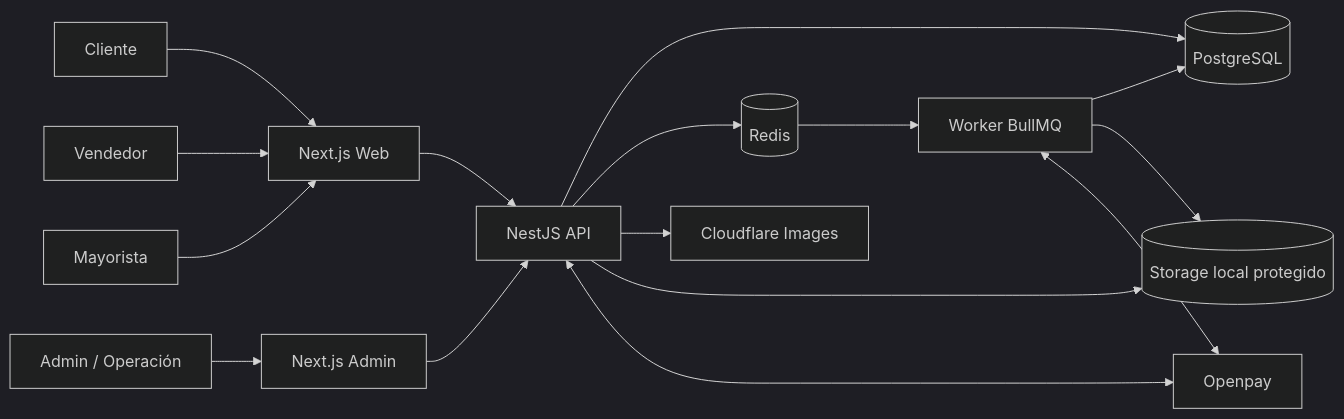
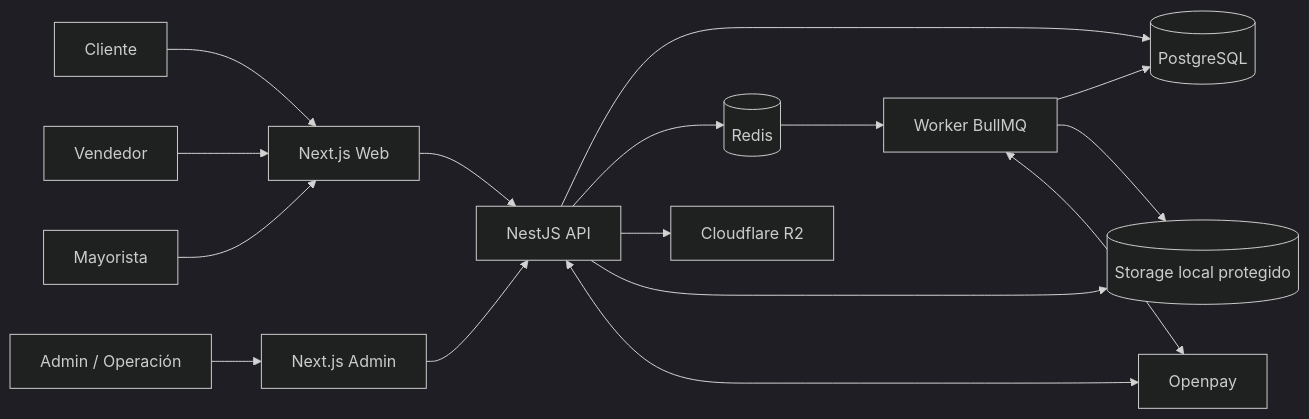
Before and after one commit to Raphap-1993/ERP-HUELEHUELE: the diagram in docs/architecture/solution-architecture.md, drawn with Mermaid (dark theme). The commit also changed other lines of this file and 9 other files, not shown here.

````diff
--- a/docs/architecture/solution-architecture.md
+++ b/docs/architecture/solution-architecture.md
@@ -24,21 +24,21 @@
 ```mermaid
 flowchart LR
   U[Cliente] --> W[Next.js Web]
   V[Vendedor] --> W
   A[Admin / Operación] --> AD[Next.js Admin]
   M[Mayorista] --> W
 
   W --> API[NestJS API]
   AD --> API
 
   API --> PG[(PostgreSQL)]
   API --> R[(Redis)]
-  API --> CI[Cloudflare Images]
+  API --> R2[Cloudflare R2]
   API --> FS[(Storage local protegido)]
   API <--> OP[Openpay]
 
   R --> WK[Worker BullMQ]
   WK --> PG
   WK --> FS
   WK <--> OP
 ```
````
